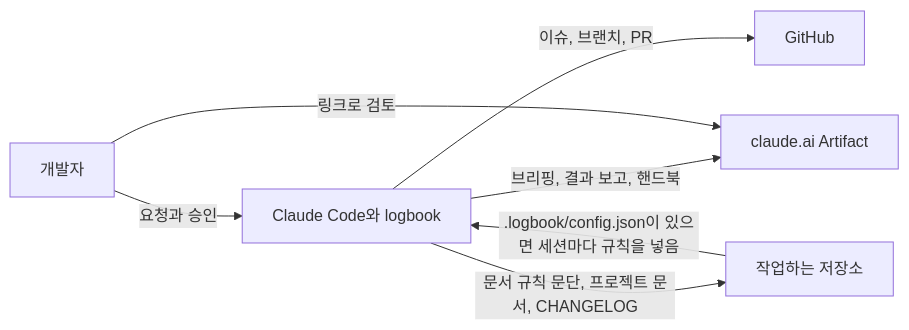
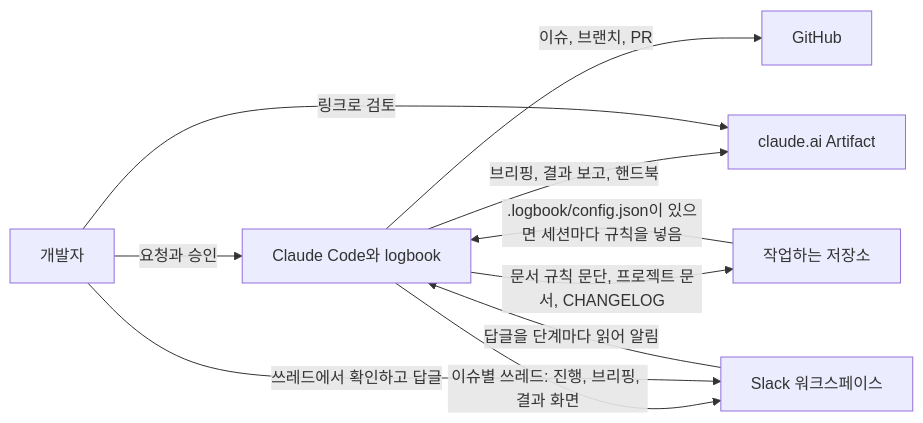
Before and after one commit to dincal/agent_logbook: the diagram in docs/system/overview.md, drawn with Mermaid. The commit also changed other lines of this file and 8 other files, not shown here.

````diff
--- a/docs/system/overview.md
+++ b/docs/system/overview.md
@@ -21,9 +21,12 @@
 ```mermaid
 flowchart LR
   U["개발자"] -->|"요청과 승인"| C["Claude Code와 logbook"]
   C -->|"이슈, 브랜치, PR"| G["GitHub"]
   C -->|"브리핑, 결과 보고, 핸드북"| A["claude.ai Artifact"]
+  C -->|"이슈별 쓰레드: 진행, 브리핑, 결과 화면"| SL["Slack 워크스페이스"]
+  SL -->|"답글을 단계마다 읽어 알림"| C
   C -->|"문서 규칙 문단, 프로젝트 문서, CHANGELOG"| R["작업하는 저장소"]
   R -->|".logbook/config.json이 있으면 세션마다 규칙을 넣음"| C
   U -->|"링크로 검토"| A
+  U -->|"쓰레드에서 확인하고 답글"| SL
 ```
````
